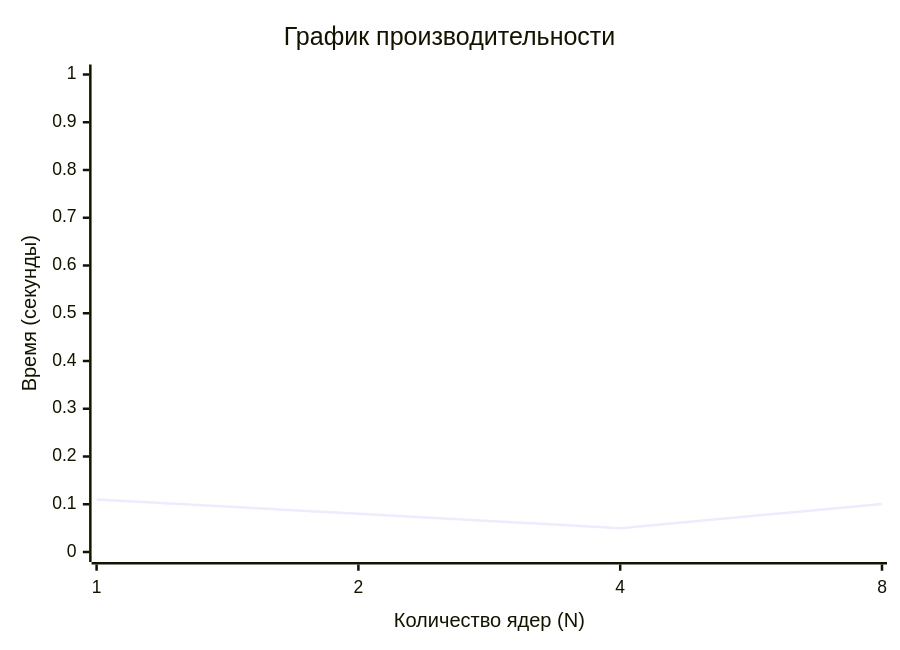
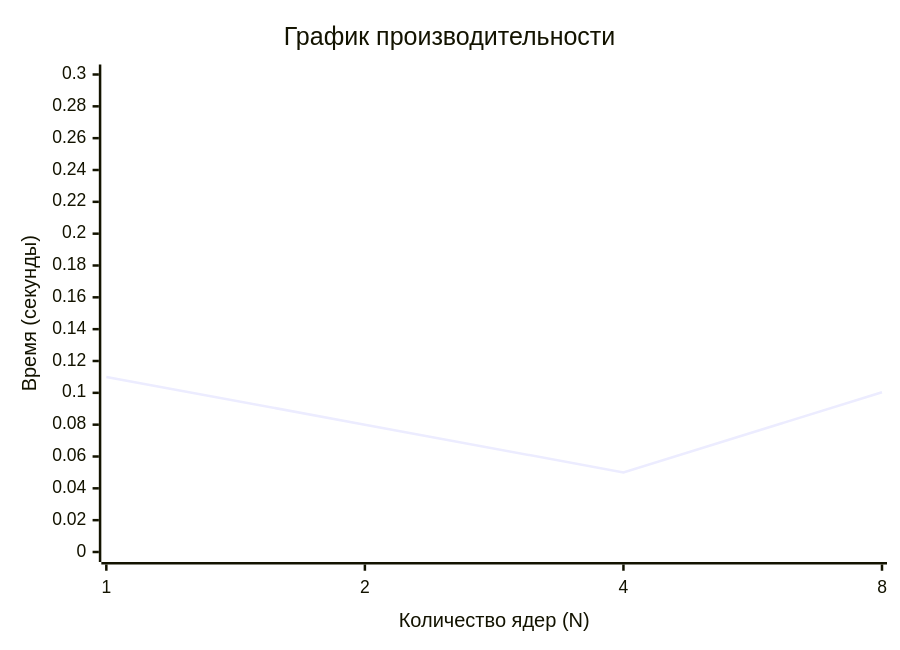
The diagram in README.md (rappeutunutenkeli/running-MPI-on-a-supercomputer), drawn with Mermaid before and after one commit.

````diff
--- a/README.md
+++ b/README.md
@@ -31,16 +31,16 @@
 ```mermaid
 ---
 title: "График производительности"
 config:
   themeVariables:
     xyChart:
       primaryColor: "#1f77b4"
       primaryBorderColor: "#ff7f0e"
       lineColor: "#2ca02c"
 ---
 xychart-beta
     title "График производительности"
     x-axis "Количество ядер (N)" [1, 2, 4, 8]
-    y-axis "Время (секунды)" 0 --> 1.0
+    y-axis "Время (секунды)" 0 --> 0.3
     line "4×32" [0.11, 0.08, 0.05, 0.1004, 0.01]
 ```
````
